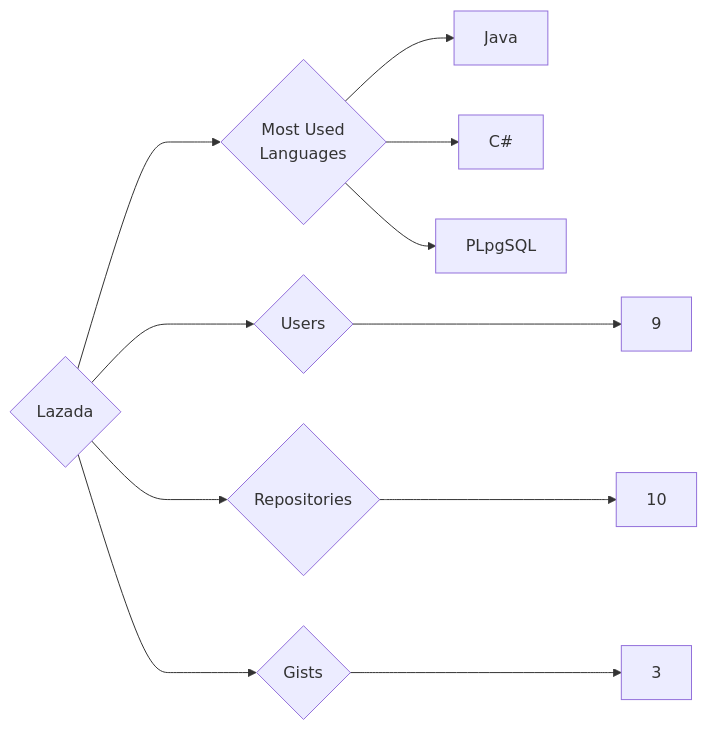
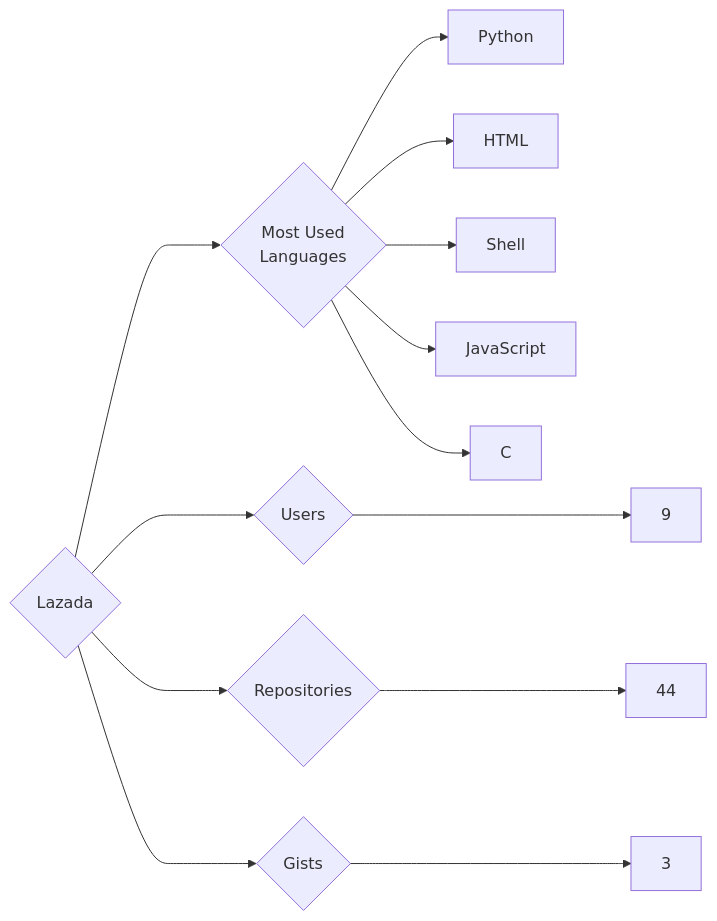
Before and after one commit to trickest/insiders: the diagram in targets/Lazada/README.md, drawn with Mermaid. The commit also changed 935 other files, not shown here.

````diff
--- a/targets/Lazada/README.md
+++ b/targets/Lazada/README.md
@@ -3,11 +3,13 @@
 ```mermaid
 graph LR
 COMPANY_NAME{Lazada}
 COMPANY_NAME ---> U{Users} ---> UN[9]
-COMPANY_NAME ---> R{Repositories} ---> RN[10]
+COMPANY_NAME ---> R{Repositories} ---> RN[44]
 COMPANY_NAME ---> G{Gists} ---> GN[3]
 COMPANY_NAME ---> ML{Most Used<br>Languages}
-ML --> Java[Java]
-ML --> C#[C#]
-ML --> PLpgSQL[PLpgSQL]
+ML --> Python[Python]
+ML --> HTML[HTML]
+ML --> Shell[Shell]
+ML --> JavaScript[JavaScript]
+ML --> C[C]
 ```
````
